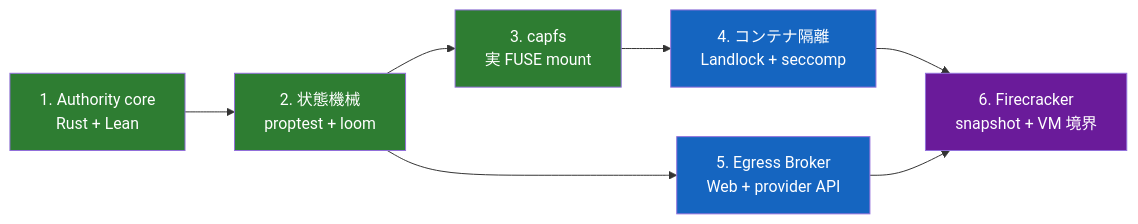
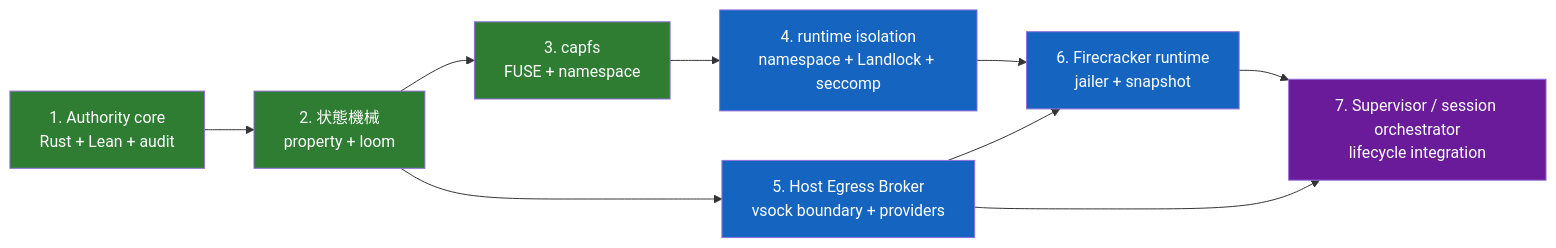
The diagram in docs/design/implementation-plan.md (Aqua-218/SecCamp-AIAgent), drawn with Mermaid before and after one commit. The commit also changed other lines of this file, not shown here.

Commit message:
docs(design): update runtime implementation phases

````diff
--- a/docs/design/implementation-plan.md
+++ b/docs/design/implementation-plan.md
@@ -9,19 +15,25 @@
 ```mermaid
 flowchart LR
-    p1["1. Authority core<br/>Rust + Lean"]
-    p2["2. 状態機械<br/>proptest + loom"]
-    p3["3. capfs<br/>実 FUSE mount"]
-    p4["4. コンテナ隔離<br/>Landlock + seccomp"]
-    p5["5. Egress Broker<br/>Web + provider API"]
-    p6["6. Firecracker<br/>snapshot + VM 境界"]
+    p1["1. Authority core<br/>Rust + Lean + audit"]
+    p2["2. 状態機械<br/>property + loom"]
+    p3["3. capfs<br/>FUSE + namespace"]
+    p4["4. runtime isolation<br/>namespace + Landlock + seccomp"]
+    p5["5. Host Egress Broker<br/>vsock boundary + providers"]
+    p6["6. Firecracker runtime<br/>jailer + snapshot"]
+    p7["7. Supervisor / session orchestrator<br/>lifecycle integration"]
 
-    p1 --> p2 --> p3 --> p4 --> p6
-    p2 --> p5 --> p6
+    p1 --> p2 --> p3
+    p3 --> p4
+    p2 --> p5
+    p4 --> p6
+    p5 --> p6
+    p6 --> p7
+    p5 --> p7
 
-    classDef core fill:#2e7d32,color:#fff;
-    classDef isolation fill:#1565c0,color:#fff;
-    classDef final fill:#6a1b9a,color:#fff;
-    class p1,p2,p3 core;
-    class p4,p5 isolation;
-    class p6 final;
+    classDef completed fill:#2e7d32,color:#fff;
+    classDef boundary fill:#1565c0,color:#fff;
+    classDef integration fill:#6a1b9a,color:#fff;
+    class p1,p2,p3 completed;
+    class p4,p5,p6 boundary;
+    class p7 integration;
 ```
````
